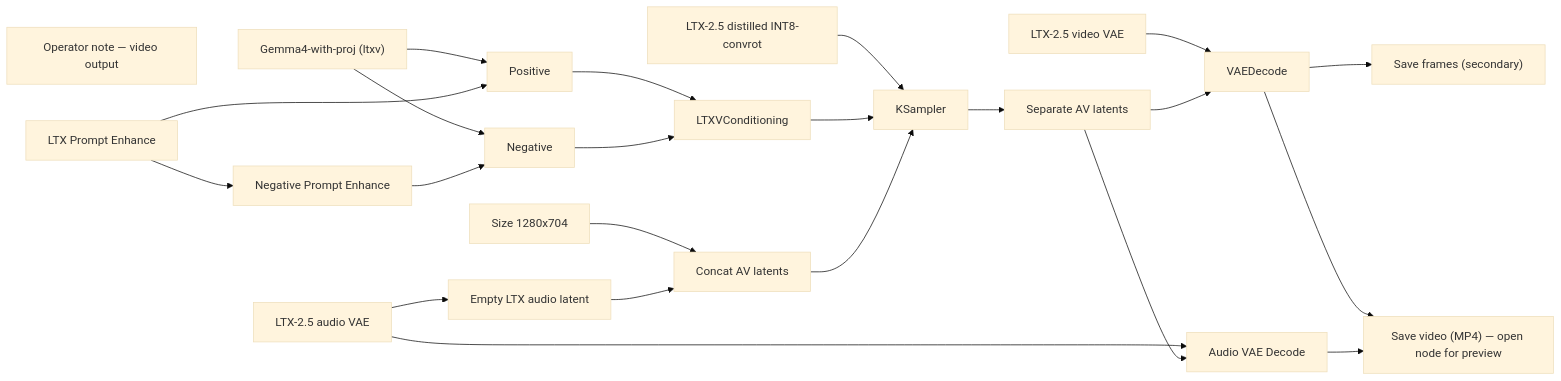
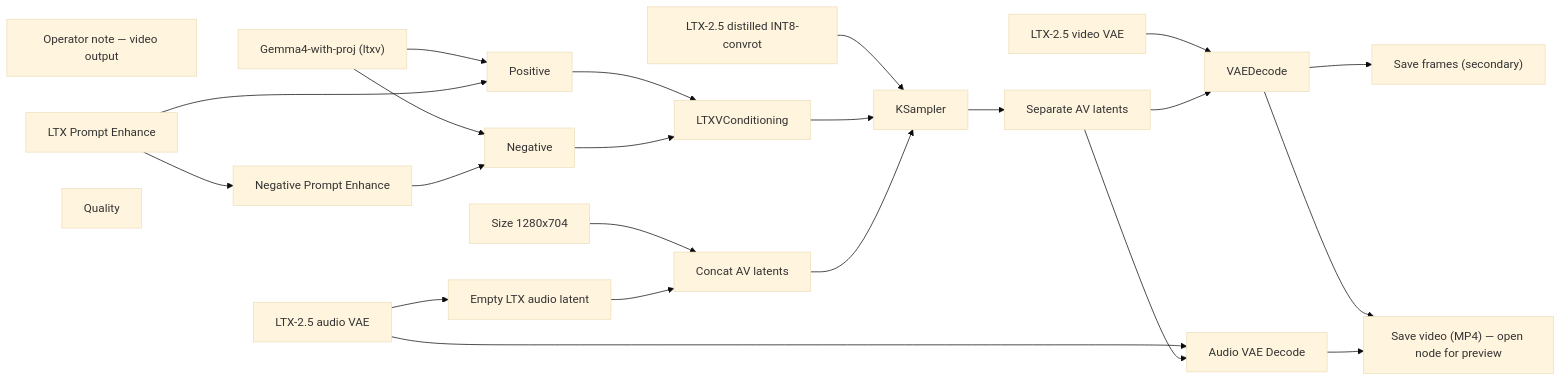
Before and after one commit to toxicoder/ez-comfy-stack: the diagram in docs/generated/workflows/ltx/creator/crowd-ambience.md, drawn with Mermaid (base theme). The commit also changed other lines of this file and 644 other files, not shown here.

````diff
--- a/docs/generated/workflows/ltx/creator/crowd-ambience.md
+++ b/docs/generated/workflows/ltx/creator/crowd-ambience.md
@@ -52,43 +52,44 @@
 ```mermaid
 flowchart LR
   N1["LTX-2.5 distilled INT8-convrot"]
   N2["LTX-2.5 video VAE"]
   N3["Gemma4-with-proj (ltxv)"]
   N4["Positive"]
   N5["Negative"]
   N6["Size 1280x704"]
   N7["LTXVConditioning"]
   N8["KSampler"]
   N9["VAEDecode"]
   N10["Save frames (secondary)"]
   N11["LTX-2.5 audio VAE"]
   N12["Empty LTX audio latent"]
   N13["Concat AV latents"]
   N14["Separate AV latents"]
   N15["Operator note — video output"]
   N16["Save video (MP4) — open node for preview"]
   N17["LTX Prompt Enhance"]
   N18["Audio VAE Decode"]
   N19["Negative Prompt Enhance"]
+  N20["Quality"]
   N1 --> N8
   N2 --> N9
   N3 --> N4
   N3 --> N5
   N4 --> N7
   N5 --> N7
   N6 --> N13
   N7 --> N8
   N8 --> N14
   N9 --> N10
   N9 --> N16
   N11 --> N12
   N11 --> N18
   N12 --> N13
   N13 --> N8
   N14 --> N9
   N14 --> N18
   N17 --> N4
   N17 --> N19
   N18 --> N16
   N19 --> N5
 ```
````
